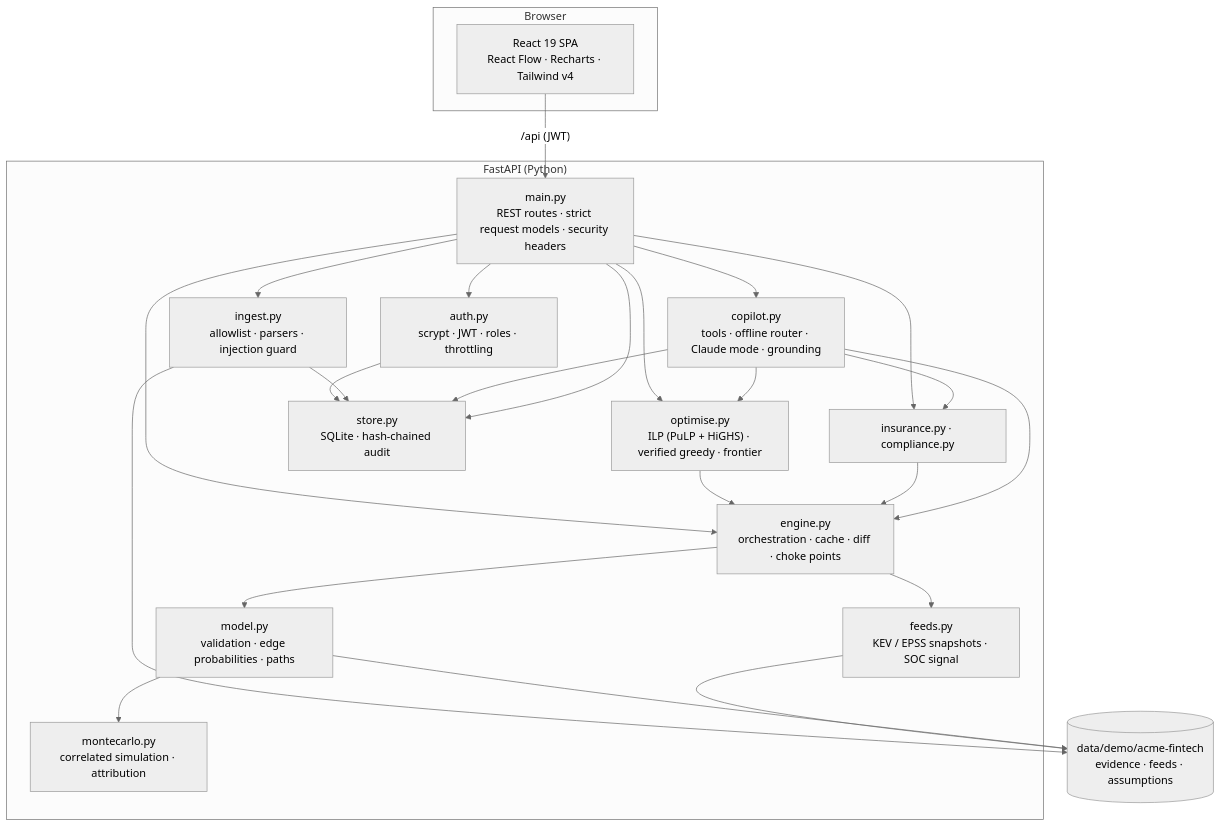
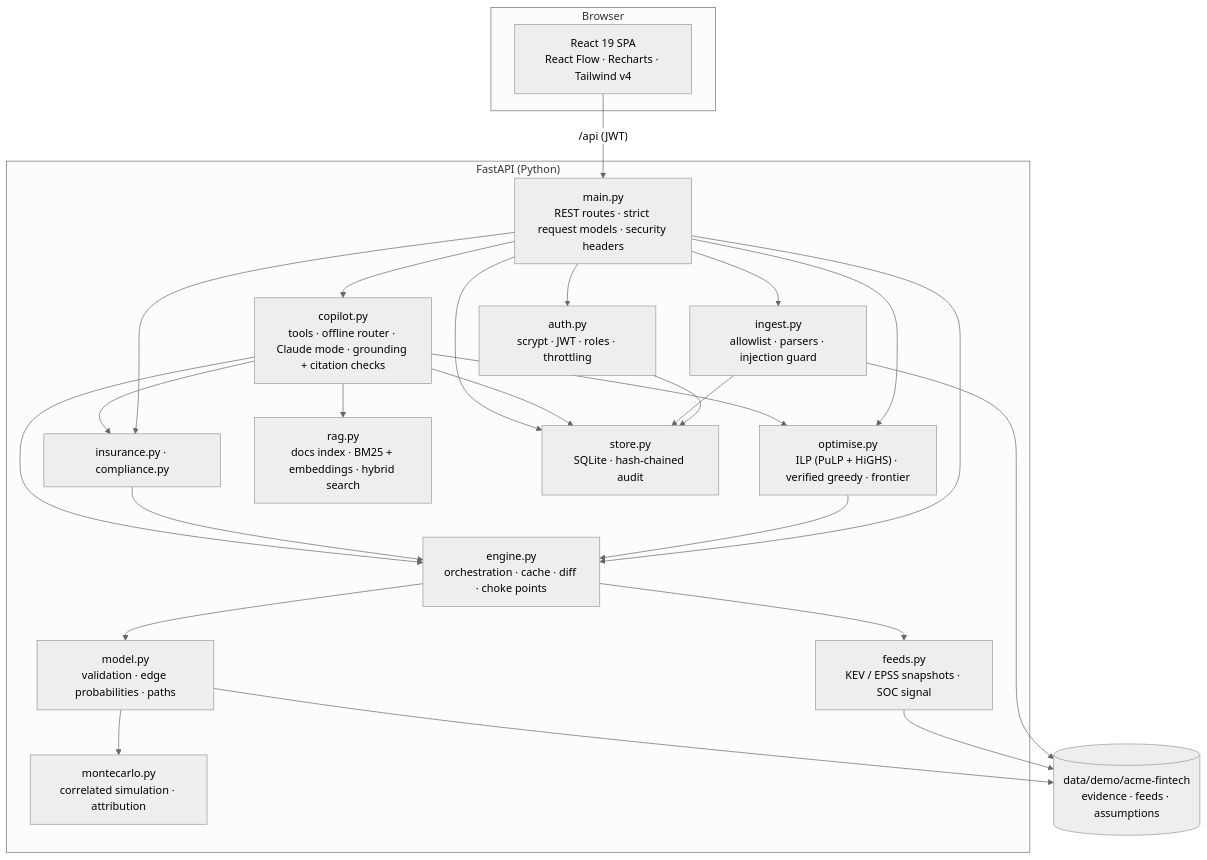
One commit to Gurjas2112/Vyuhix changed the diagram in docs/03_architecture.md. Above: the diagram before and after it, drawn with Mermaid (neutral theme). The commit also changed 8 other files, not shown here.

````diff
--- a/docs/03_architecture.md
+++ b/docs/03_architecture.md
@@ -5,29 +5,31 @@
 ```mermaid
 flowchart TB
   subgraph Browser
     SPA["React 19 SPA<br/>React Flow · Recharts · Tailwind v4"]
   end
   subgraph API["FastAPI (Python)"]
     AUTH["auth.py<br/>scrypt · JWT · roles · throttling"]
     ROUTES["main.py<br/>REST routes · strict request models · security headers"]
     ING["ingest.py<br/>allowlist · parsers · injection guard"]
     ENG["engine.py<br/>orchestration · cache · diff · choke points"]
     MOD["model.py<br/>validation · edge probabilities · paths"]
     MC["montecarlo.py<br/>correlated simulation · attribution"]
     OPT["optimise.py<br/>ILP (PuLP + HiGHS) · verified greedy · frontier"]
     INS["insurance.py · compliance.py"]
-    COP["copilot.py<br/>tools · offline router · Claude mode · grounding"]
+    COP["copilot.py<br/>tools · offline router · Claude mode · grounding + citation checks"]
+    RAG["rag.py<br/>docs index · BM25 + embeddings · hybrid search"]
     FEED["feeds.py<br/>KEV / EPSS snapshots · SOC signal"]
     ST["store.py<br/>SQLite · hash-chained audit"]
   end
   DATA[("data/demo/acme-fintech<br/>evidence · feeds · assumptions")]
   SPA -- "/api (JWT)" --> ROUTES
   ROUTES --> AUTH & ING & ENG & OPT & INS & COP
+  COP --> RAG
   ENG --> MOD --> MC
   OPT --> ENG
   INS --> ENG
   COP --> ENG & OPT & INS
   ENG --> FEED
   ING & FEED & MOD --> DATA
   AUTH & ING & COP & ROUTES --> ST
 ```
````
